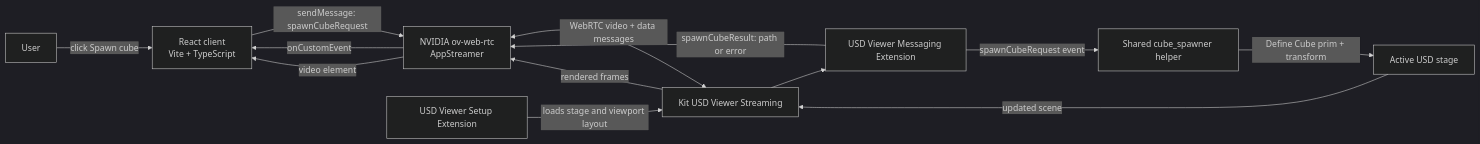
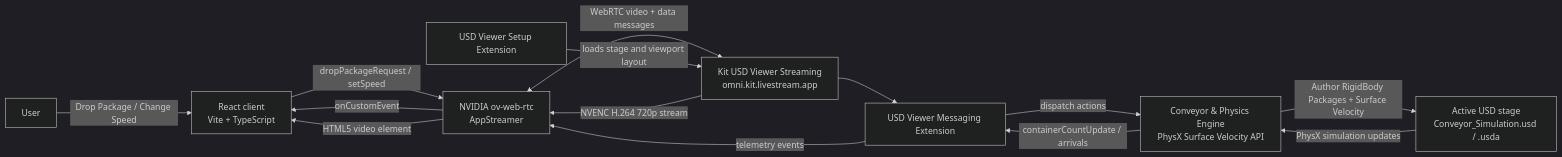
Before and after one commit to Goku3060/Omniverse_Web_Streaming: the first of 2 diagrams in Poc_test/ARCHITECTURE.md, drawn with Mermaid (dark theme). The commit also changed other lines of this file and 2 other files, not shown here.

Commit message:
fix(docs): resolve GitHub Mermaid diagram parse error on edge labels and sync architecture doc

````diff
--- a/Poc_test/ARCHITECTURE.md
+++ b/Poc_test/ARCHITECTURE.md
@@ -16,24 +17,25 @@
 ```mermaid
 flowchart LR
     User[User]
     React[React client<br/>Vite + TypeScript]
     SDK[NVIDIA ov-web-rtc<br/>AppStreamer]
-    Kit[Kit USD Viewer Streaming]
+    Kit[Kit USD Viewer Streaming<br/>omni.kit.livestream.app]
     Messaging[USD Viewer Messaging Extension]
-    Spawner[Shared cube_spawner helper]
-    Stage[Active USD stage]
+    Conveyor[Conveyor & Physics Engine<br/>PhysX Surface Velocity API]
+    Stage[Active USD stage<br/>Conveyor_Simulation.usd / .usda]
     ViewerSetup[USD Viewer Setup Extension]
 
-    User -->|click Spawn cube| React
-    React -->|sendMessage: spawnCubeRequest| SDK
+    User -->|Drop Package / Change Speed| React
+    React -->|dropPackageRequest / setSpeed| SDK
     SDK <-->|WebRTC video + data messages| Kit
     Kit --> Messaging
-    Messaging -->|spawnCubeRequest event| Spawner
-    Spawner -->|Define Cube prim + transform| Stage
-    Stage -->|updated scene| Kit
-    Messaging -->|spawnCubeResult: path or error| SDK
+    Messaging -->|dispatch actions| Conveyor
+    Conveyor -->|Author RigidBody Packages + Surface Velocity| Stage
+    Stage -->|PhysX simulation updates| Conveyor
+    Conveyor -->|containerCountUpdate / arrivals| Messaging
+    Messaging -->|telemetry events| SDK
     SDK -->|onCustomEvent| React
-    Kit -->|rendered frames| SDK
-    SDK -->|video element| React
+    Kit -->|NVENC H.264 720p stream| SDK
+    SDK -->|HTML5 video element| React
     ViewerSetup -->|loads stage and viewport layout| Kit
 ```
````
